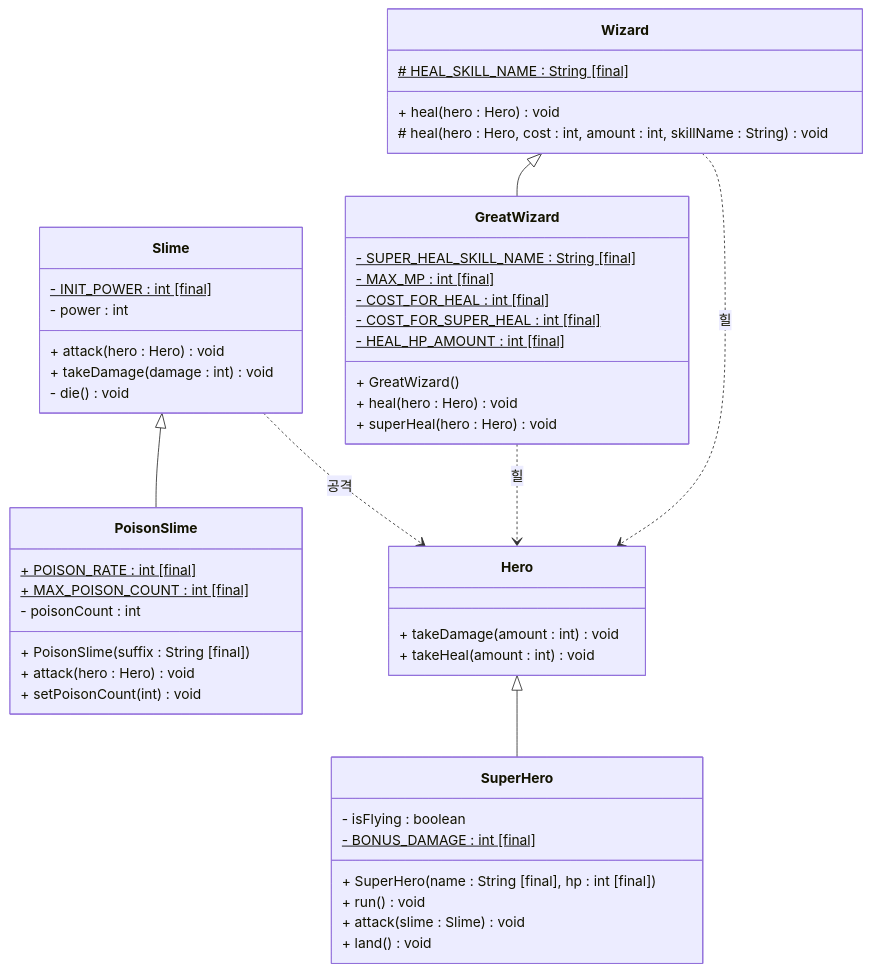
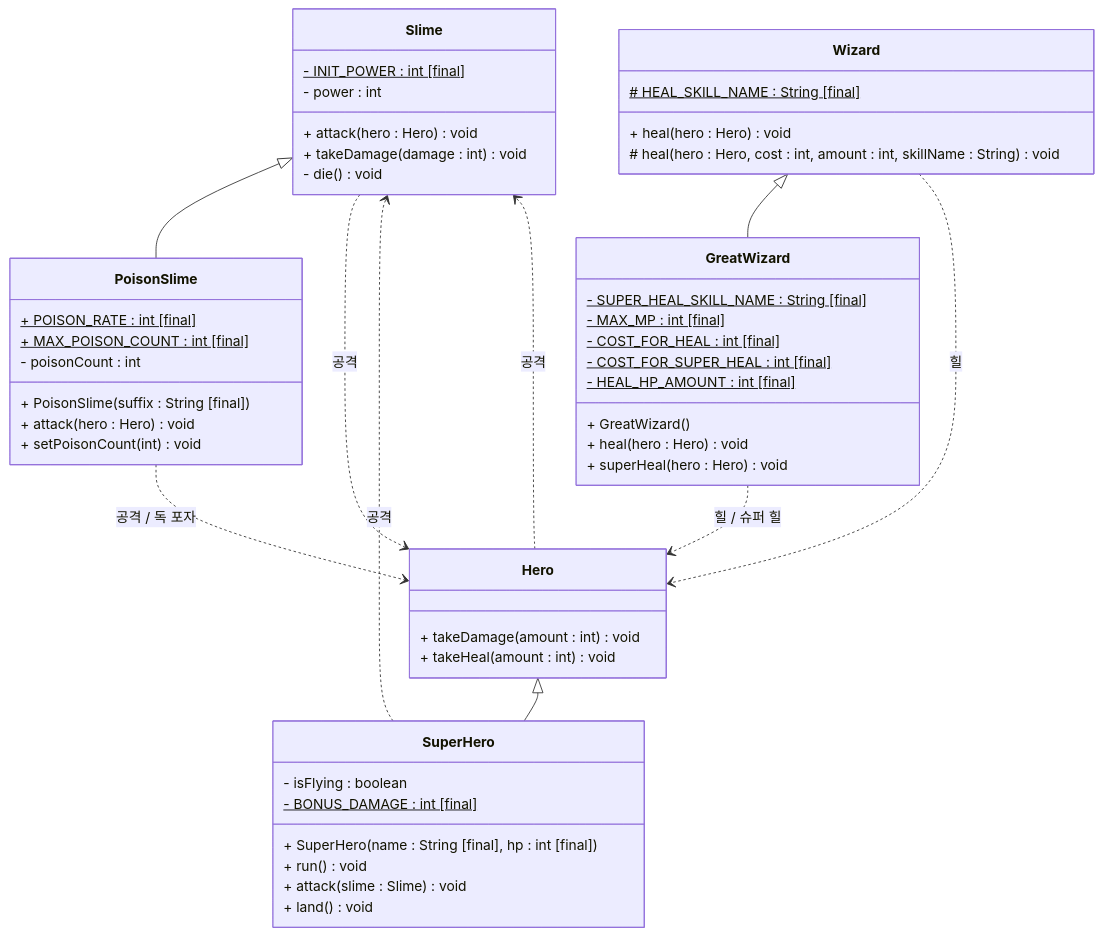
One commit to SurvivalCodingCampus/gangnam3-java-oop changed the diagram in docs/Day7ClassDiagram.md. Above: the diagram before and after it, drawn with Mermaid. The commit also changed 1 other file, not shown here.

Commit message:
docs: Day7 클래스다이어그램 화살표 추가

````diff
--- a/docs/Day7ClassDiagram.md
+++ b/docs/Day7ClassDiagram.md
@@ -1,59 +1,62 @@
 ```mermaid
 classDiagram
 
     class Slime {
         - INIT_POWER : int [final] $
         - power : int
         + attack(hero : Hero) void
         + takeDamage(damage : int) void
         - die() void
     }
 
     class PoisonSlime {
         + POISON_RATE : int [final] $
         + MAX_POISON_COUNT : int [final] $
         - poisonCount : int
         + PoisonSlime(suffix : String [final])
         + attack(hero : Hero) void
         + setPoisonCount(int) void
     }
 
     class Wizard {
         # HEAL_SKILL_NAME : String [final] $
         + heal(hero : Hero) void
         # heal(hero : Hero, cost : int, amount : int, skillName : String) void
     }
     
     class GreatWizard {
         - SUPER_HEAL_SKILL_NAME : String [final] $
         - MAX_MP : int [final] $
         - COST_FOR_HEAL : int [final] $
         - COST_FOR_SUPER_HEAL : int [final] $
         - HEAL_HP_AMOUNT : int [final] $
         + GreatWizard()
         + heal(hero : Hero) void
         + superHeal(hero : Hero) void
     }
     
     class Hero {
         + takeDamage(amount : int) void
         + takeHeal(amount : int) void
     }
 
     class SuperHero {
         - isFlying : boolean
         - BONUS_DAMAGE : int [final] $
         + SuperHero(name : String [final], hp : int [final])
         + run() void
         + attack(slime : Slime) void
         + land() void
     }
 
     Hero <|-- SuperHero
     Wizard <|-- GreatWizard
     Slime <|-- PoisonSlime
-    GreatWizard ..> Hero : 힐
+    Hero ..> Slime : 공격
+    SuperHero ..> Slime : 공격
+    Slime ..> Hero : 공격
+    PoisonSlime ..> Hero : 공격 / 독 포자
     Wizard ..> Hero : 힐
-    Slime ..> Hero : 공격
+    GreatWizard ..> Hero : 힐 / 슈퍼 힐
 
 ```
````
